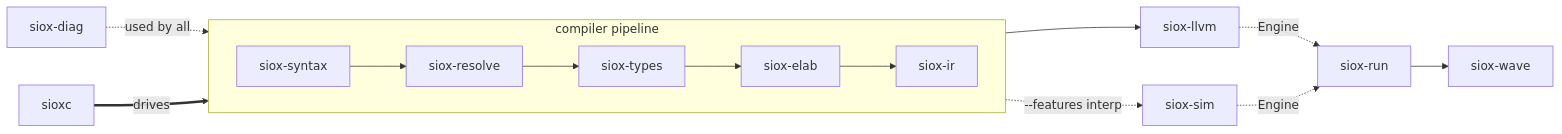
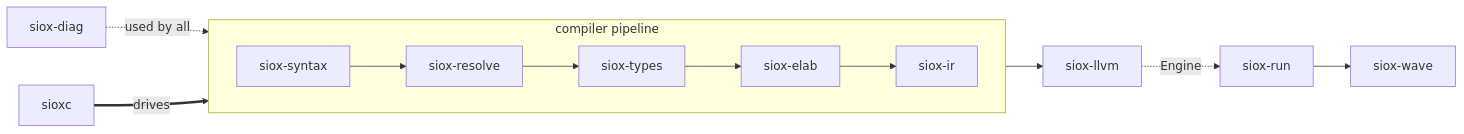
Before and after one commit to Siox-lang/sioxc: the first of 2 diagrams in docs/architecture.md, drawn with Mermaid. The commit also changed other lines of this file and 6 other files, not shown here.

````diff
--- a/docs/architecture.md
+++ b/docs/architecture.md
@@ -8,14 +8,12 @@
 ```mermaid
 flowchart LR
     subgraph pipeline [compiler pipeline]
         direction LR
         SY[siox-syntax] --> RE[siox-resolve] --> TY[siox-types] --> EL[siox-elab] --> IR[siox-ir]
     end
     IR --> LL[siox-llvm]
     LL -. Engine .-> RUN[siox-run]
-    SI[siox-sim] -. Engine .-> RUN
     RUN --> WA[siox-wave]
-    IR -. "--features interp" .-> SI
     DIAG[siox-diag] -. used by all .-> pipeline
     CLI[sioxc] == drives ==> pipeline
 ```
````
